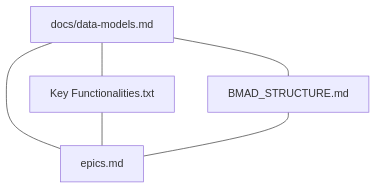
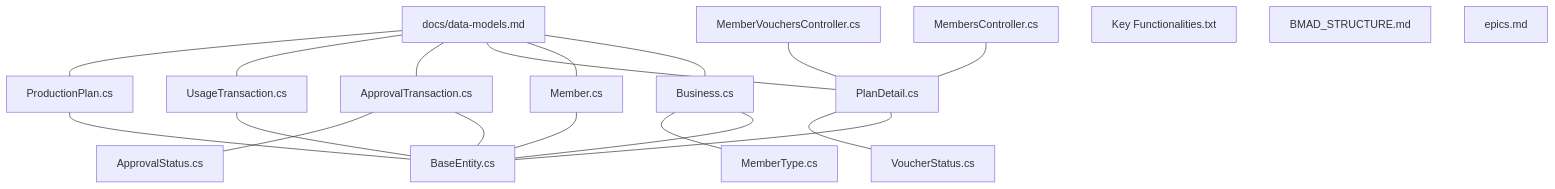
The first of 3 diagrams in .qoder/repowiki/en/content/Data Models and Database Design/Core Business Entities.md (lamhongbac/NonCash), drawn with Mermaid before and after one commit. The commit also changed other lines of this file and 13 other files, not shown here.

````diff
--- a/.qoder/repowiki/en/content/Data Models and Database Design/Core Business Entities.md
+++ b/.qoder/repowiki/en/content/Data Models and Database Design/Core Business Entities.md
@@ -41,12 +69,36 @@
 ```mermaid
 graph TB
 DM["docs/data-models.md"]
+BE["Business.cs"]
+ME["Member.cs"]
+PD["PlanDetail.cs"]
+AT["ApprovalTransaction.cs"]
+UT["UsageTransaction.cs"]
+PP["ProductionPlan.cs"]
+BASE["BaseEntity.cs"]
+MT["MemberType.cs"]
+VS["VoucherStatus.cs"]
+AS["ApprovalStatus.cs"]
+MC["MembersController.cs"]
+MVC["MemberVouchersController.cs"]
 KF["Key Functionalities.txt"]
 BS["BMAD_STRUCTURE.md"]
 EP["epics.md"]
-DM --- KF
-DM --- BS
-DM --- EP
-KF --- EP
-BS --- EP
+DM --- BE
+DM --- ME
+DM --- PD
+DM --- AT
+DM --- UT
+DM --- PP
+BE --- BASE
+ME --- BASE
+PD --- BASE
+AT --- BASE
+UT --- BASE
+PP --- BASE
+BE --- MT
+PD --- VS
+AT --- AS
+MC --- PD
+MVC --- PD
 ```
````
